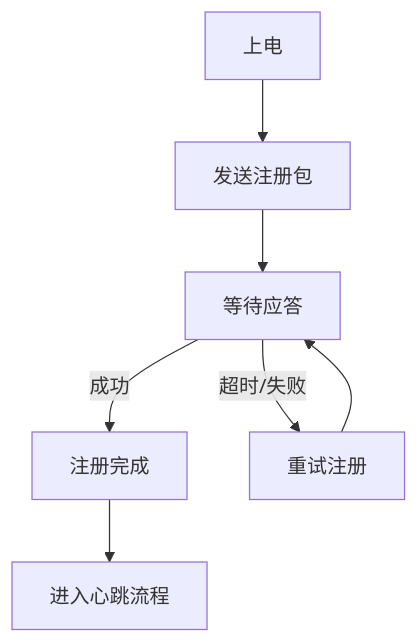
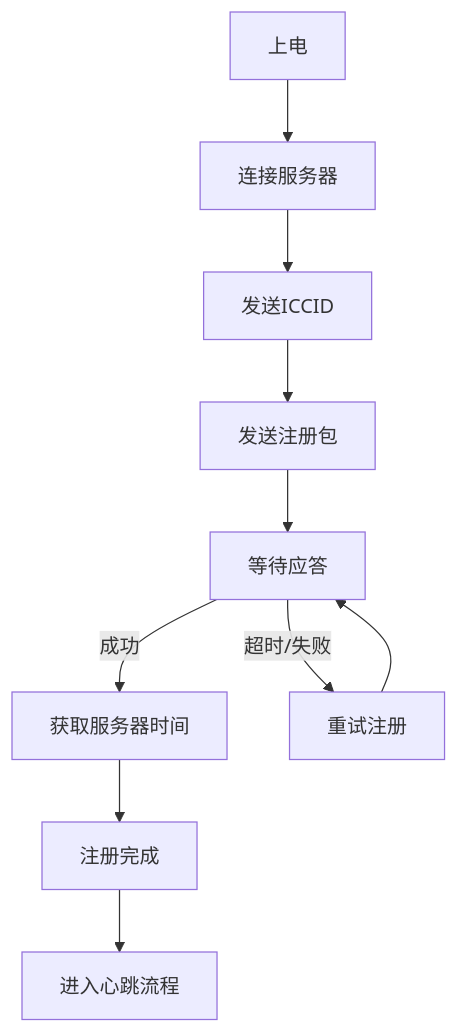
One commit to taoyao-code/iot-zinx changed the tenth of 17 diagrams in docs/iot_master_slave_architecture_all.md. Above: the diagram before and after it, drawn with Mermaid. The commit also changed other lines of this file and 7 other files, not shown here.

````diff
--- a/docs/iot_master_slave_architecture_all.md
+++ b/docs/iot_master_slave_architecture_all.md
@@ -111,10 +271,13 @@
 ```mermaid
 flowchart TD
-    上电 --> 发送注册包
+    上电 --> 连接服务器
+    连接服务器 --> 发送ICCID
+    发送ICCID --> 发送注册包
     发送注册包 --> 等待应答
-    等待应答 -- "成功" --> 注册完成
+    等待应答 -- "成功" --> 获取服务器时间
     等待应答 -- "超时/失败" --> 重试注册
     重试注册 --> 等待应答
+    获取服务器时间 --> 注册完成
     注册完成 --> 进入心跳流程
-    %% 说明：主机和分机注册流程类似，主机通过SIM卡与服务器通信
+    %% 说明：设备注册流程，包括ICCID发送和注册包处理
 ```
````
